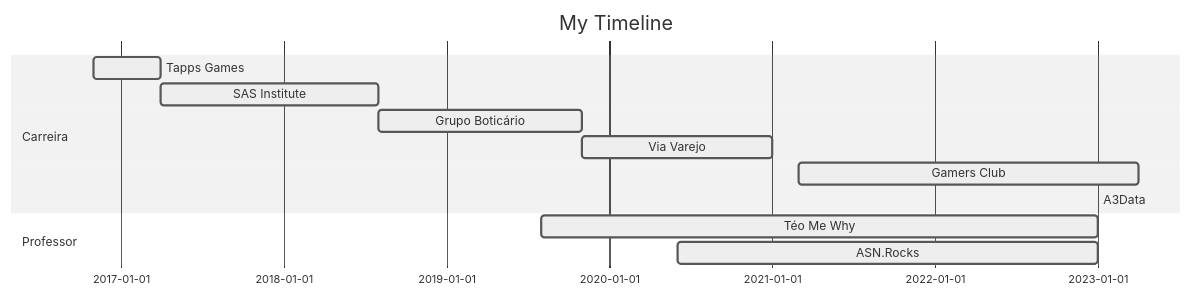
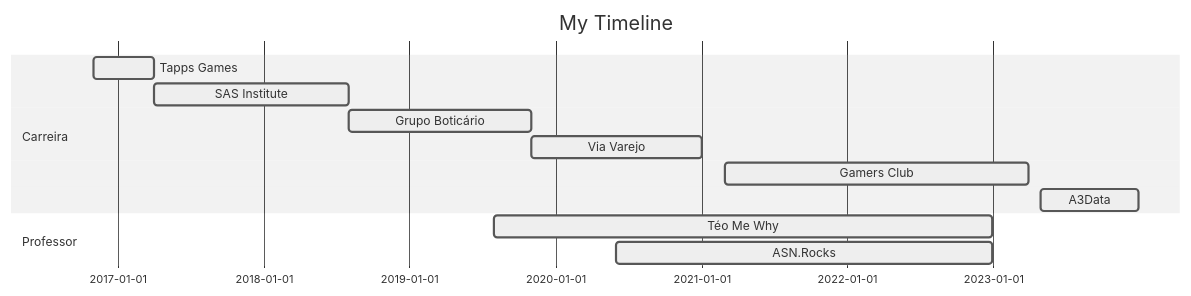
The diagram in README.md (TeoCalvo/TeoCalvo), drawn with Mermaid (neutral theme) before and after one commit.

````diff
--- a/README.md
+++ b/README.md
@@ -6,18 +6,18 @@
 ```mermaid
 
 gantt
 dateFormat  YYYY-MM-DD
 title My Timeline
 
 section Carreira
 Tapps Games           :active,, 2016-11-01,2017-04-01
 SAS Institute         :active,, 2017-04-01,2018-08-01
 Grupo Boticário       :active,, 2018-08-01,2019-11-01
 Via Varejo            :active,, 2019-11-01,2021-01-01
 Gamers Club           :active,, 2021-03-01,2023-04-01
-A3Data                :active,, 2023-05-01,2022-12-31
+A3Data                :active,, 2023-05-01,2023-12-31
 
 section Professor
 Téo Me Why            :active,, 2019-08-01,2022-12-31
 ASN.Rocks             :active,, 2020-06-01,2022-12-31
 ```
````
